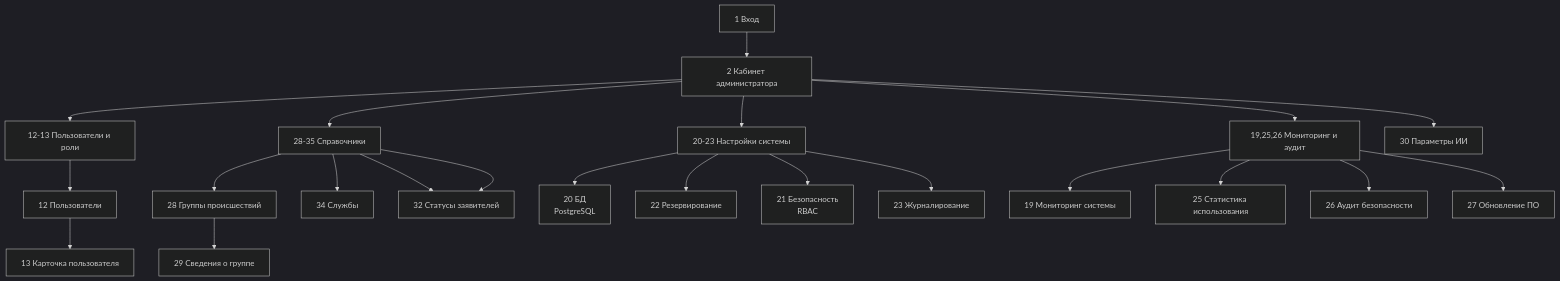
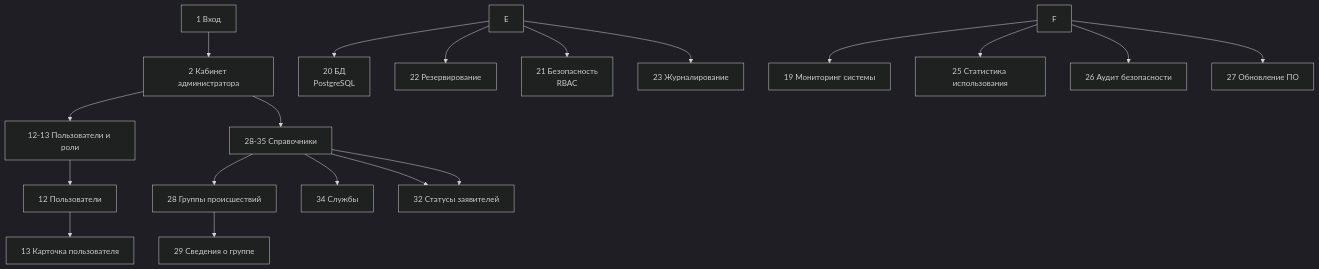
The first of 9 diagrams in tz_for_work.qmd (Obsidian-pb/gt_lct_hackaton), drawn with Mermaid (dark theme) before and after one commit. The commit also changed other lines of this file and 39 other files, not shown here.

````diff
--- a/tz_for_work.qmd
+++ b/tz_for_work.qmd
@@ -614,34 +617,29 @@
 ```{mermaid}
 flowchart TD
     %% layer 1
     A[1 Вход]
     B[2 Кабинет администратора]
 
     C[12-13 Пользователи и роли]
     D[28-35 Справочники]
-    E[20-23 Настройки системы]
-    F[19,25,26 Мониторинг и аудит]
-    G[30 Параметры ИИ]
     
     A --> B
     B --> C
     B --> D
-    B --> E
-    B --> F
-    B --> G
+
 
     %% layer 2
     C --> CA[12 Пользователи] --> CAA[13 Карточка пользователя]
     D --> DA[28 Группы происшествий] --> DAA[29 Сведения о группе]
     D --> DB[34 Службы]
     D --> DC[31 Статусы сценариев]
     D --> DC[32 Статусы заявителей]
     E --> EA[20 БД\nPostgreSQL]
     E --> EB[22 Резервирование]
     E --> EC[21 Безопасность\nRBAC]
     E --> ED[23 Журналирование]
     F --> FA[19 Мониторинг системы]
     F --> FB[25 Статистика использования]
     F --> FC[26 Аудит безопасности]
     F --> FD[27 Обновление ПО]
 ```
````
